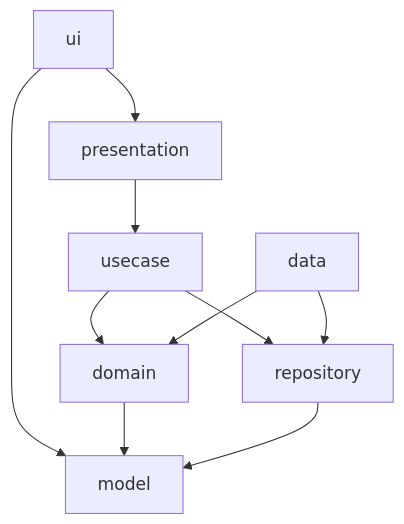
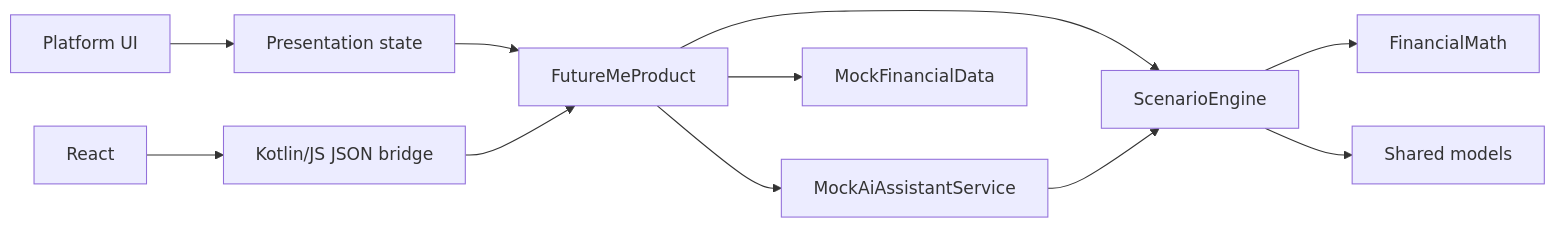
The diagram in docs/architecture.md (sagrawal2418/futureme-financial-ai), drawn with Mermaid before and after one commit. The commit also changed other lines of this file and 95 other files, not shown here.

Commit message:
feat: evolve FutureMe into a multiplatform product

````diff
--- a/docs/architecture.md
+++ b/docs/architecture.md
@@ -26,12 +26,12 @@
 ```mermaid
-flowchart TD
-    UI["ui"] --> PRESENTATION["presentation"]
-    PRESENTATION --> USECASE["usecase"]
-    USECASE --> DOMAIN["domain"]
-    USECASE --> REPOSITORY["repository"]
-    DATA["data"] --> REPOSITORY
-    DATA --> DOMAIN
-    UI --> MODEL["model"]
-    DOMAIN --> MODEL
-    REPOSITORY --> MODEL
+flowchart LR
+    UI["Platform UI"] --> VM["Presentation state"]
+    VM --> FACADE["FutureMeProduct"]
+    FACADE --> ENGINE["ScenarioEngine"]
+    FACADE --> AI["MockAiAssistantService"]
+    FACADE --> DATA["MockFinancialData"]
+    ENGINE --> MATH["FinancialMath"]
+    ENGINE --> MODELS["Shared models"]
+    AI --> ENGINE
+    WEB["React"] --> JSON["Kotlin/JS JSON bridge"] --> FACADE
 ```
````
